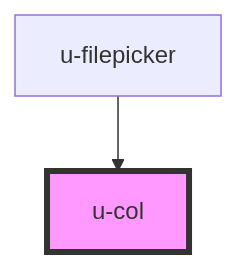
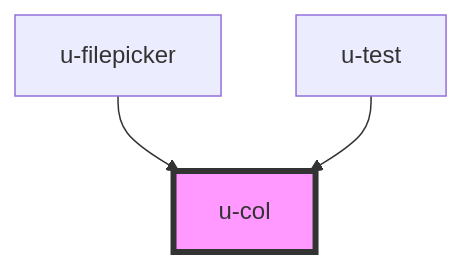
Before and after one commit to theUrbans/uniform: the diagram in src/components/u-col/readme.md, drawn with Mermaid. The commit also changed other lines of this file and 1 other file, not shown here.

````diff
--- a/src/components/u-col/readme.md
+++ b/src/components/u-col/readme.md
@@ -25,5 +32,6 @@
 ```mermaid
 graph TD;
   u-filepicker --> u-col
+  u-test --> u-col
   style u-col fill:#f9f,stroke:#333,stroke-width:4px
 ```
````
